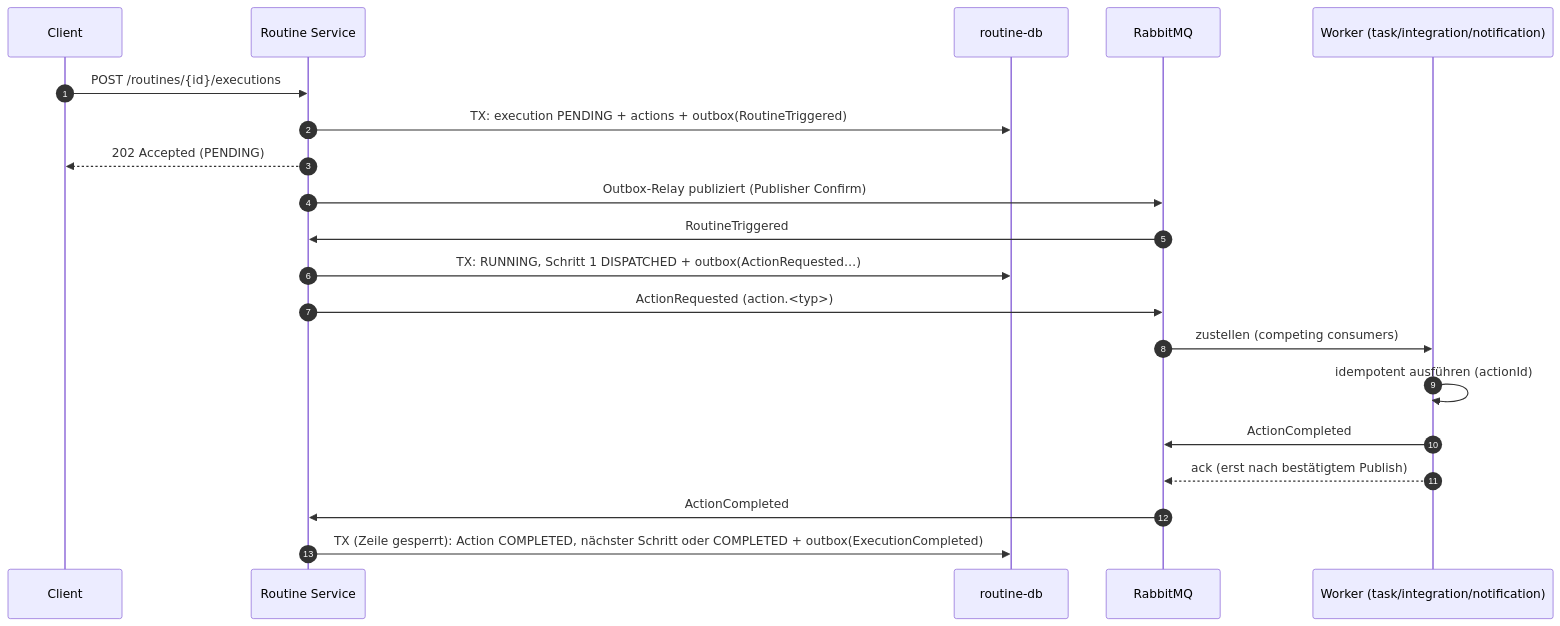
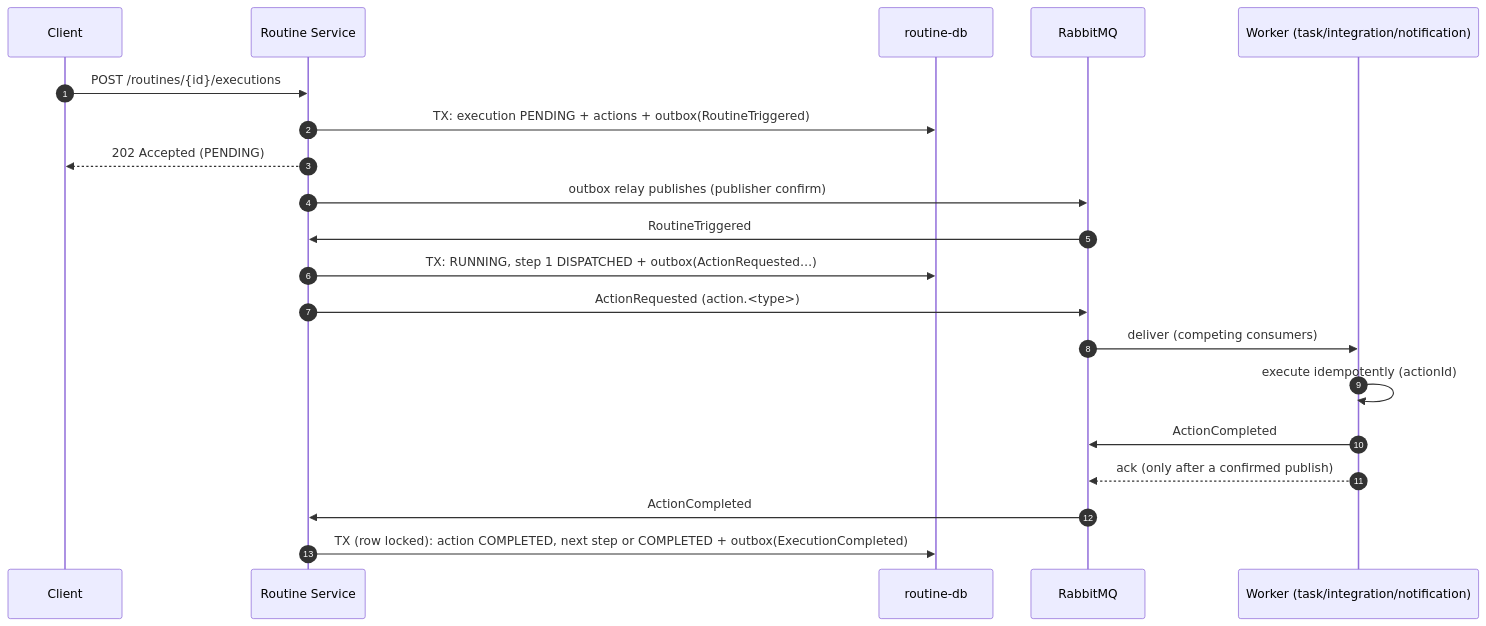
The second of 2 diagrams in docs/architecture.md (sxpersxnic/tbz-m321-routine), drawn with Mermaid before and after one commit. The commit also changed other lines of this file and 67 other files, not shown here.

````diff
--- a/docs/architecture.md
+++ b/docs/architecture.md
@@ -76,22 +77,22 @@
 ```mermaid
 sequenceDiagram
     autonumber
     participant C as Client
     participant R as Routine Service
     participant DB as routine-db
     participant B as RabbitMQ
     participant W as Worker (task/integration/notification)
     C->>R: POST /routines/{id}/executions
     R->>DB: TX: execution PENDING + actions + outbox(RoutineTriggered)
     R-->>C: 202 Accepted (PENDING)
-    R->>B: Outbox-Relay publiziert (Publisher Confirm)
+    R->>B: outbox relay publishes (publisher confirm)
     B->>R: RoutineTriggered
-    R->>DB: TX: RUNNING, Schritt 1 DISPATCHED + outbox(ActionRequested…)
-    R->>B: ActionRequested (action.<typ>)
-    B->>W: zustellen (competing consumers)
-    W->>W: idempotent ausführen (actionId)
+    R->>DB: TX: RUNNING, step 1 DISPATCHED + outbox(ActionRequested…)
+    R->>B: ActionRequested (action.<type>)
+    B->>W: deliver (competing consumers)
+    W->>W: execute idempotently (actionId)
     W->>B: ActionCompleted
-    W-->>B: ack (erst nach bestätigtem Publish)
+    W-->>B: ack (only after a confirmed publish)
     B->>R: ActionCompleted
-    R->>DB: TX (Zeile gesperrt): Action COMPLETED, nächster Schritt oder COMPLETED + outbox(ExecutionCompleted)
+    R->>DB: TX (row locked): action COMPLETED, next step or COMPLETED + outbox(ExecutionCompleted)
 ```
````
